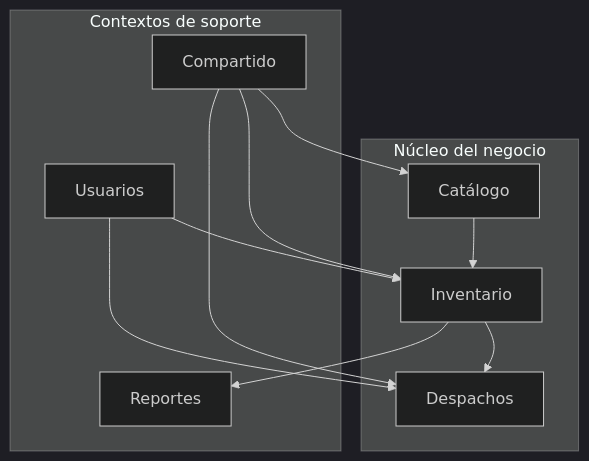
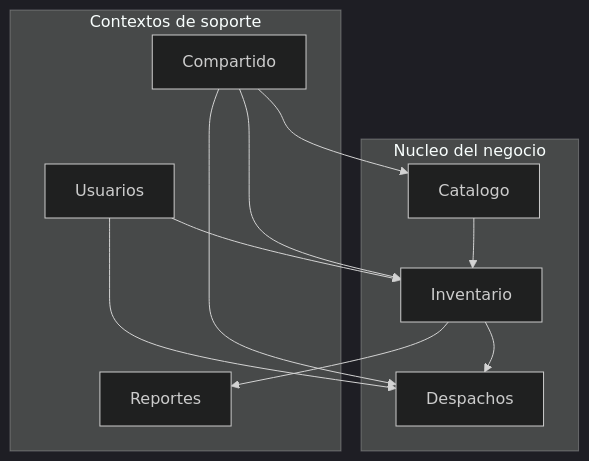
Before and after one commit to javierRock/SoftwareTextil: the first of 3 diagrams in docs/modelo_dominio.md, drawn with Mermaid (dark theme). The commit also changed other lines of this file and 2 other files, not shown here.

First line of the commit message:
docs: mejorar documentacion con imagenes del repositorio

````diff
--- a/docs/modelo_dominio.md
+++ b/docs/modelo_dominio.md
@@ -23,23 +33,23 @@
 ```mermaid
 flowchart TB
-    subgraph Core["Núcleo del negocio"]
-        Catalogo["Catálogo"]
+    subgraph Core["Nucleo del negocio"]
+        Catalogo["Catalogo"]
         Inventario["Inventario"]
         Despachos["Despachos"]
     end
 
     subgraph Soporte["Contextos de soporte"]
         Usuarios["Usuarios"]
         Reportes["Reportes"]
         Compartido["Compartido"]
     end
 
     Catalogo --> Inventario
     Inventario --> Despachos
     Inventario --> Reportes
     Usuarios --> Inventario
     Usuarios --> Despachos
     Compartido --> Catalogo
     Compartido --> Inventario
     Compartido --> Despachos
 ```
````
